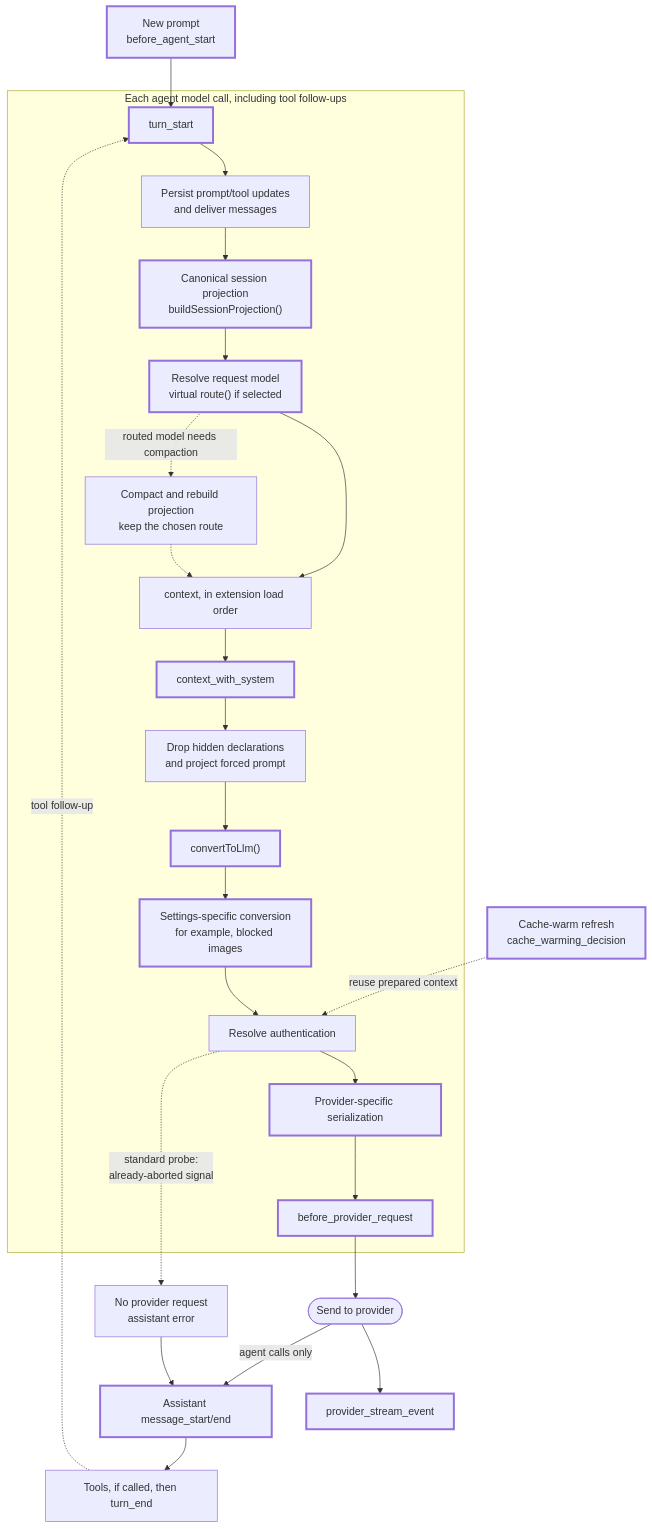
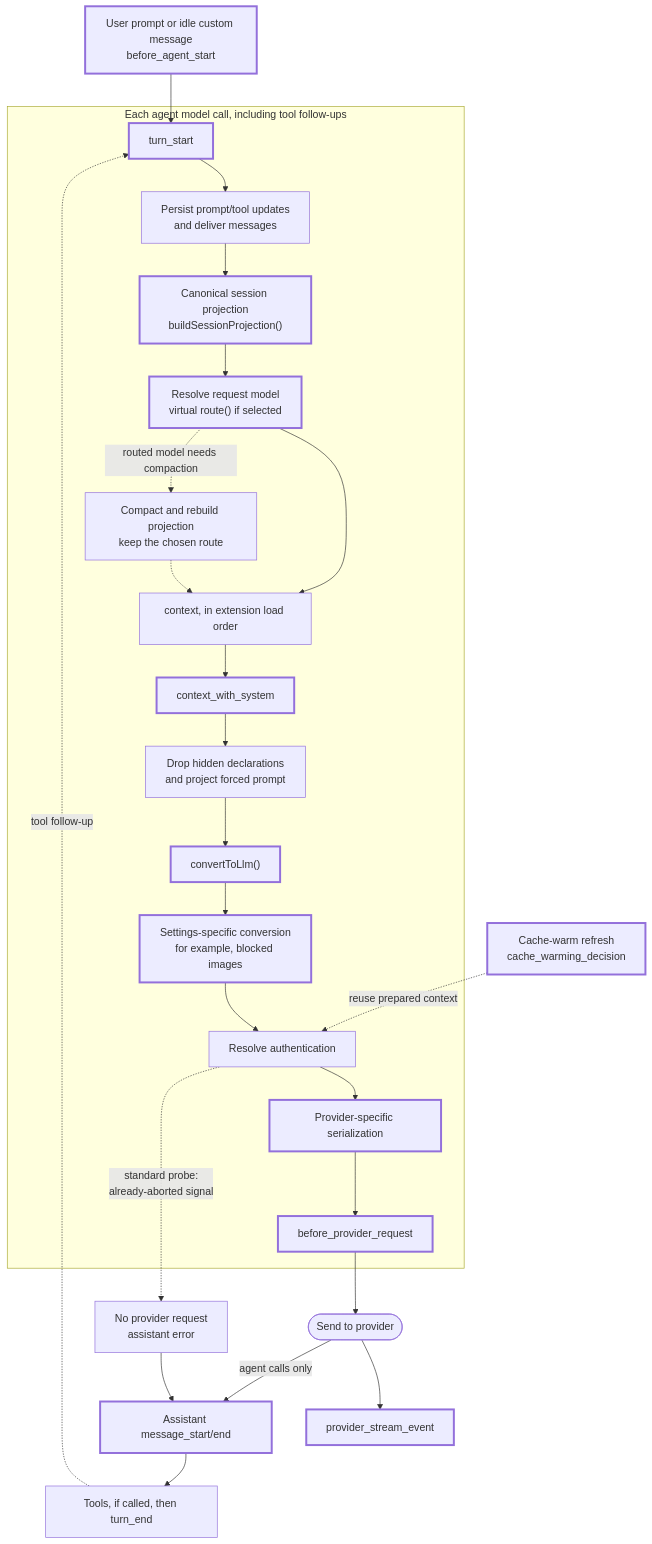
One commit to McGregorDesire/pi-context-view changed the diagram in doc/architecture/pi-requests.md. Above: the diagram before and after it, drawn with Mermaid. The commit also changed other lines of this file and 5 other files, not shown here.

````diff
--- a/doc/architecture/pi-requests.md
+++ b/doc/architecture/pi-requests.md
@@ -14,36 +14,36 @@
 ```mermaid
 flowchart TD
-    BEFORE["New prompt<br/>before_agent_start"]
+    BEFORE["User prompt or idle custom message<br/>before_agent_start"]
     subgraph REQUEST["Each agent model call, including tool follow-ups"]
         TURN["turn_start"]
         MESSAGES["Persist prompt/tool updates<br/>and deliver messages"]
         BASE["Canonical session projection<br/>buildSessionProjection()"]
         MODEL["Resolve request model<br/>virtual route() if selected"]
         COMPACT["Compact and rebuild projection<br/>keep the chosen route"]
         CONTEXT["context, in extension load order"]
         TRANSCRIPT["context_with_system"]
         PROJECT["Drop hidden declarations<br/>and project forced prompt"]
         CONVERT["convertToLlm()"]
         SETTINGS["Settings-specific conversion<br/>for example, blocked images"]
         AUTH["Resolve authentication"]
         SERIALIZE["Provider-specific serialization"]
         PAYLOAD["before_provider_request"]
         TURN --> MESSAGES --> BASE --> MODEL --> CONTEXT
         CONTEXT --> TRANSCRIPT --> PROJECT --> CONVERT --> SETTINGS --> AUTH
         AUTH --> SERIALIZE --> PAYLOAD
         MODEL -.->|"routed model needs compaction"| COMPACT
         COMPACT -.-> CONTEXT
     end
     BEFORE --> TURN
     AUTH -.->|"standard probe:<br/>already-aborted signal"| ABORT["No provider request<br/>assistant error"]
     ABORT --> ASSISTANT["Assistant message_start/end"]
     WARM["Cache-warm refresh<br/>cache_warming_decision"] -.->|"reuse prepared context"| AUTH
     PAYLOAD --> PROVIDER(["Send to provider"])
     PROVIDER --> STREAM["provider_stream_event"]
     PROVIDER -->|"agent calls only"| ASSISTANT
     ASSISTANT --> FINISH["Tools, if called, then turn_end"]
     FINISH -.->|"tool follow-up"| TURN
 
     classDef used stroke-width:3px
     class BEFORE,TURN,BASE,MODEL,TRANSCRIPT,CONVERT,SETTINGS,SERIALIZE,PAYLOAD,STREAM,ASSISTANT,WARM used
 ```
````
